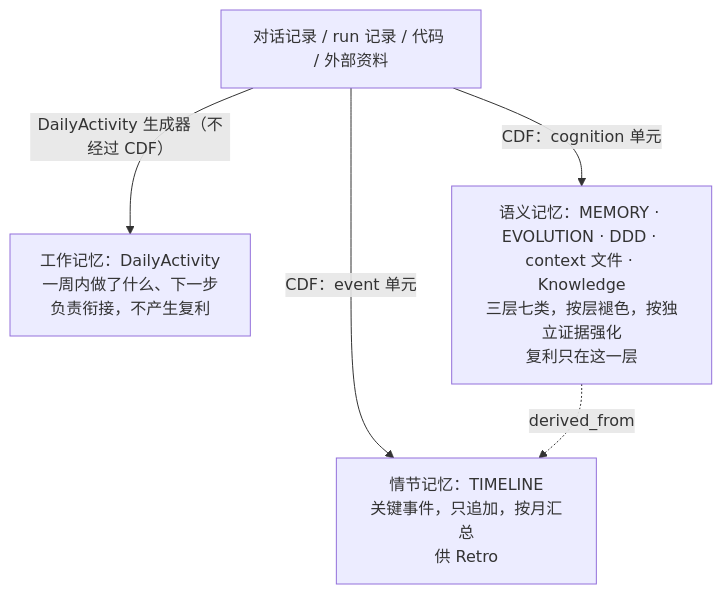
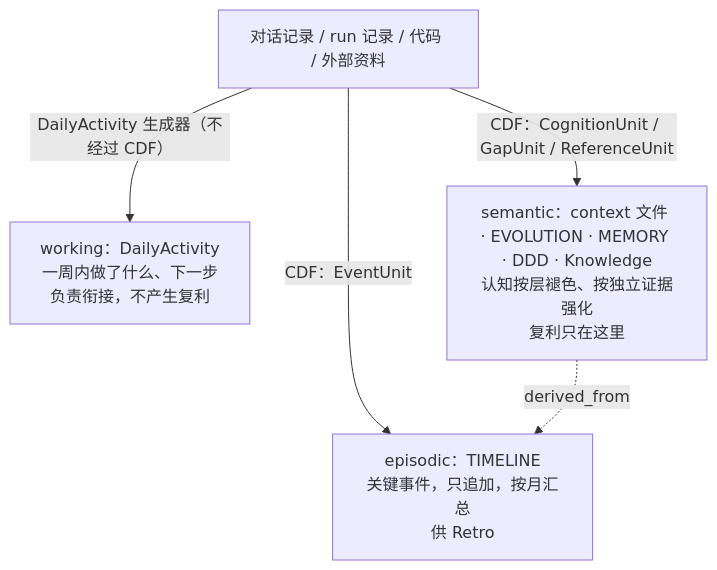
The first of 2 diagrams in docs/design/2026-10-26-swarm-cognitive-distillation-flow.md (xg-gh-25/SwarmAI), drawn with Mermaid before and after one commit. The commit also changed other lines of this file, not shown here.

First line of the commit message:
docs(design): CDF r16.1 - absorb independent reviews A/B

````diff
--- a/docs/design/2026-10-26-swarm-cognitive-distillation-flow.md
+++ b/docs/design/2026-10-26-swarm-cognitive-distillation-flow.md
@@ -318,8 +319,8 @@
 ```mermaid
 flowchart TB
   T["对话记录 / run 记录 / 代码 / 外部资料"]
-  T -->|"DailyActivity 生成器（不经过 CDF）"| W["工作记忆：DailyActivity<br/>一周内做了什么、下一步<br/>负责衔接，不产生复利"]
-  T -->|"CDF：event 单元"| E["情节记忆：TIMELINE<br/>关键事件，只追加，按月汇总<br/>供 Retro"]
-  T -->|"CDF：cognition 单元"| C["语义记忆：MEMORY · EVOLUTION · DDD · context 文件 · Knowledge<br/>三层七类，按层褪色，按独立证据强化<br/>复利只在这一层"]
+  T -->|"DailyActivity 生成器（不经过 CDF）"| W["working：DailyActivity<br/>一周内做了什么、下一步<br/>负责衔接，不产生复利"]
+  T -->|"CDF：EventUnit"| E["episodic：TIMELINE<br/>关键事件，只追加，按月汇总<br/>供 Retro"]
+  T -->|"CDF：CognitionUnit / GapUnit / ReferenceUnit"| C["semantic：context 文件 · EVOLUTION · MEMORY · DDD · Knowledge<br/>认知按层褪色、按独立证据强化<br/>复利只在这里"]
   C -.->|derived_from| E
 ```
````
